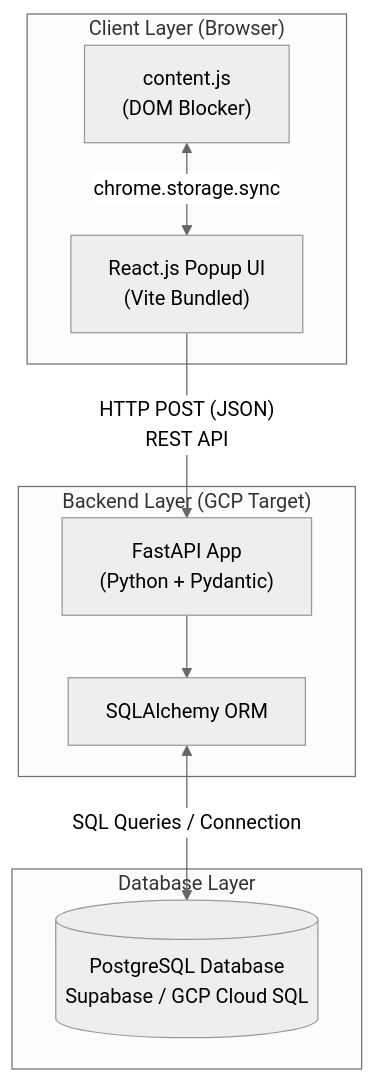
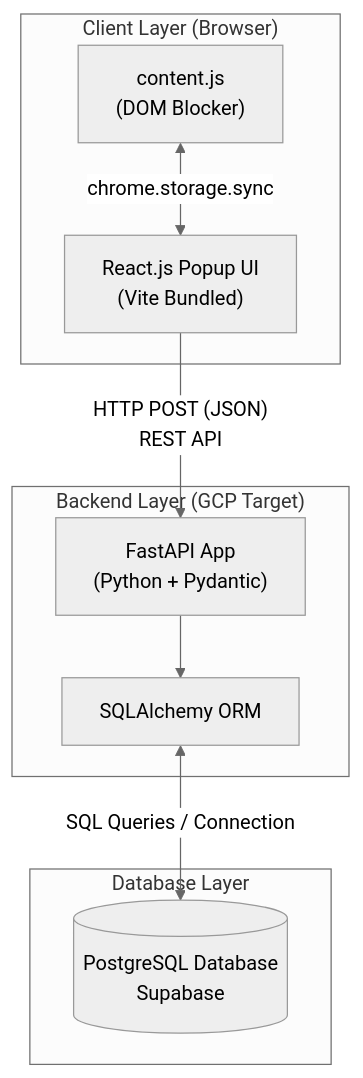
The diagram in Current_System_Architecture.md (zeldaguy0202/Piranha-Extension), drawn with Mermaid (neutral theme) before and after one commit.

Commit message:
Update database layer description in architecture doc

````diff
--- a/Current_System_Architecture.md
+++ b/Current_System_Architecture.md
@@ -1,30 +1,30 @@
 ```mermaid
   graph TD
       %% User Interface Layer
       subgraph Client ["Client Layer (Browser)"]
           UI["React.js Popup UI<br/>(Vite Bundled)"]
           CS["content.js<br/>(DOM Blocker)"]
       end
   
       %% Storage & REST API Communication
       CS <-->|"chrome.storage.sync"| UI
       UI -->|"HTTP POST (JSON)<br/>REST API"| API
   
       %% Application Layer
       subgraph Backend ["Backend Layer (GCP Target)"]
           API["FastAPI App<br/>(Python + Pydantic)"]
           ORM["SQLAlchemy ORM"]
           API --> ORM
       end
   
       %% Database Layer
       subgraph Data ["Database Layer"]
-          DB[(PostgreSQL Database<br/>Supabase / GCP Cloud SQL)]
+          DB[(PostgreSQL Database<br/>Supabase)]
           ORM <-->|"SQL Queries / Connection"| DB
       end
   
       %% Custom Styling
       classDef client fill:#1e1e1e,stroke:#ff3e3e,stroke-width:2px,color:#fff;
       classDef backend fill:#1e1e1e,stroke:#00aaff,stroke-width:2px,color:#fff;
       classDef data fill:#1e1e1e,stroke:#00e676,stroke-width:2px,color:#fff;
 ```
````
